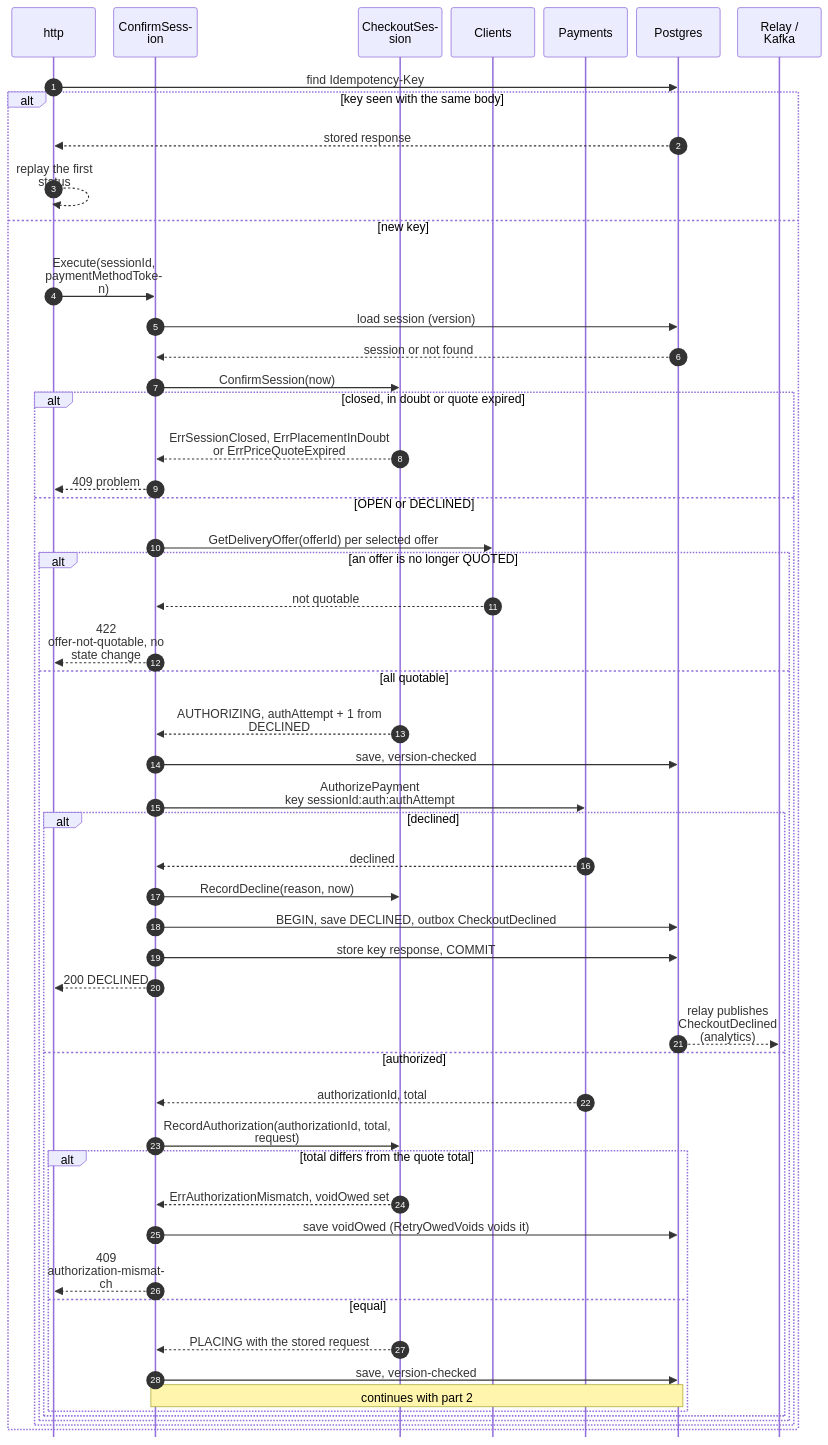
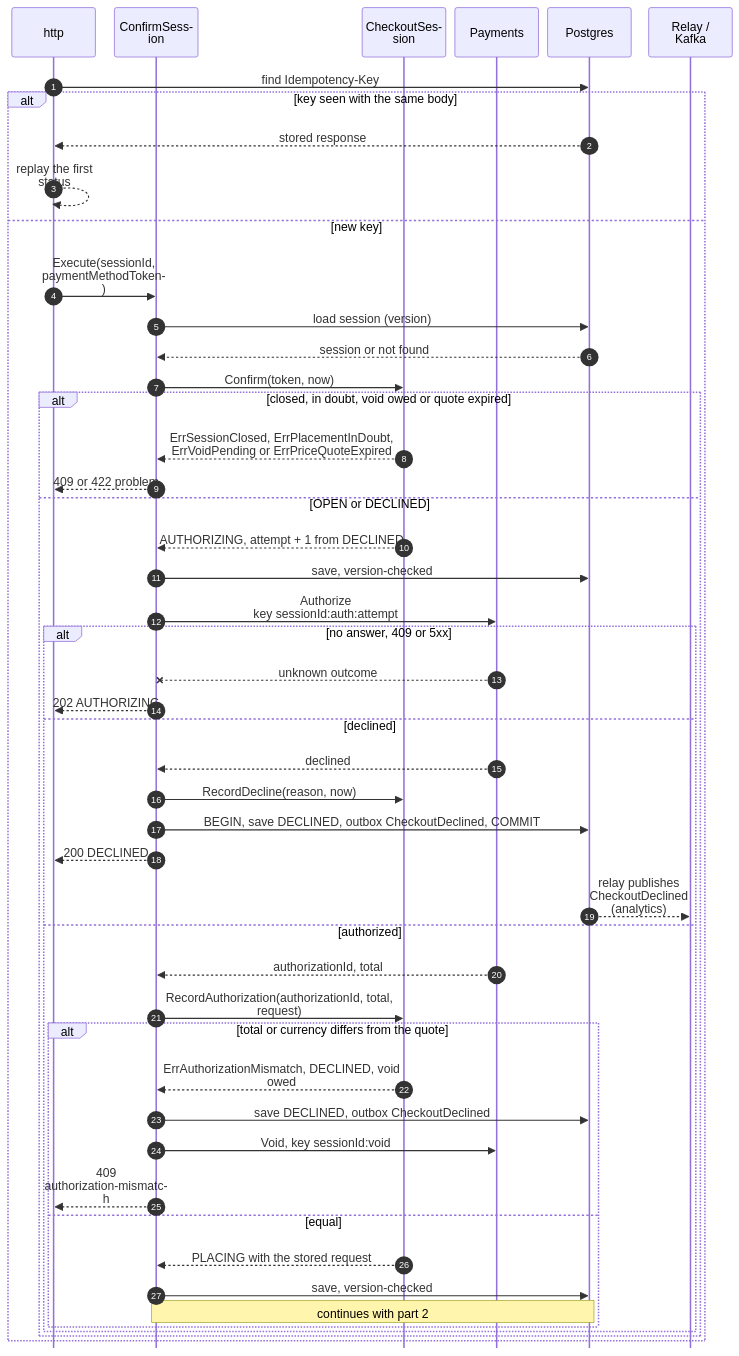
The second of 5 diagrams in docs/docs/ddd/sequence-diagrams.md (IQVO/checkout), drawn with Mermaid before and after one commit. The commit also changed other lines of this file and 8 other files, not shown here.

````diff
--- a/docs/docs/ddd/sequence-diagrams.md
+++ b/docs/docs/ddd/sequence-diagrams.md
@@ -83,56 +87,52 @@
 ```mermaid
 %%{init: {"sequence": {"wrap": true, "width": 110, "actorMargin": 12, "messageMargin": 28, "boxMargin": 6, "noteMargin": 6, "mirrorActors": false}}}%%
 sequenceDiagram
     autonumber
     participant H as http
     participant UC as ConfirmSession
     participant A as CheckoutSession
-    participant C as Clients
     participant P as Payments
     participant DB as Postgres
     participant K as Relay / Kafka
     H->>DB: find Idempotency-Key
     alt key seen with the same body
         DB-->>H: stored response
         H-->>H: replay the first status
     else new key
         H->>UC: Execute(sessionId, paymentMethodToken)
         UC->>DB: load session (version)
         DB-->>UC: session or not found
-        UC->>A: ConfirmSession(now)
-        alt closed, in doubt or quote expired
-            A-->>UC: ErrSessionClosed, ErrPlacementInDoubt<br/>or ErrPriceQuoteExpired
-            UC-->>H: 409 problem
+        UC->>A: Confirm(token, now)
+        alt closed, in doubt, void owed or quote expired
+            A-->>UC: ErrSessionClosed, ErrPlacementInDoubt,<br/>ErrVoidPending or ErrPriceQuoteExpired
+            UC-->>H: 409 or 422 problem
         else OPEN or DECLINED
-            UC->>C: GetDeliveryOffer(offerId) per selected offer
-            alt an offer is no longer QUOTED
-                C-->>UC: not quotable
-                UC-->>H: 422 offer-not-quotable, no state change
-            else all quotable
-            A-->>UC: AUTHORIZING, authAttempt + 1 from DECLINED
+            A-->>UC: AUTHORIZING, attempt + 1 from DECLINED
             UC->>DB: save, version-checked
-            UC->>P: AuthorizePayment<br/>key sessionId:auth:authAttempt
-            alt declined
+            UC->>P: Authorize<br/>key sessionId:auth:attempt
+            alt no answer, 409 or 5xx
+                P--xUC: unknown outcome
+                UC-->>H: 202 AUTHORIZING
+            else declined
                 P-->>UC: declined
                 UC->>A: RecordDecline(reason, now)
-                UC->>DB: BEGIN, save DECLINED, outbox CheckoutDeclined
-                UC->>DB: store key response, COMMIT
+                UC->>DB: BEGIN, save DECLINED, outbox CheckoutDeclined, COMMIT
                 UC-->>H: 200 DECLINED
                 DB-->>K: relay publishes CheckoutDeclined (analytics)
             else authorized
                 P-->>UC: authorizationId, total
                 UC->>A: RecordAuthorization(authorizationId, total, request)
-                alt total differs from the quote total
-                    A-->>UC: ErrAuthorizationMismatch, voidOwed set
-                    UC->>DB: save voidOwed (RetryOwedVoids voids it)
+                alt total or currency differs from the quote
+                    A-->>UC: ErrAuthorizationMismatch, DECLINED, void owed
+                    UC->>DB: save DECLINED, outbox CheckoutDeclined
+                    UC->>P: Void, key sessionId:void
                     UC-->>H: 409 authorization-mismatch
                 else equal
                     A-->>UC: PLACING with the stored request
                     UC->>DB: save, version-checked
                     Note over UC,DB: continues with part 2
                 end
             end
-            end
         end
     end
 ```
````
